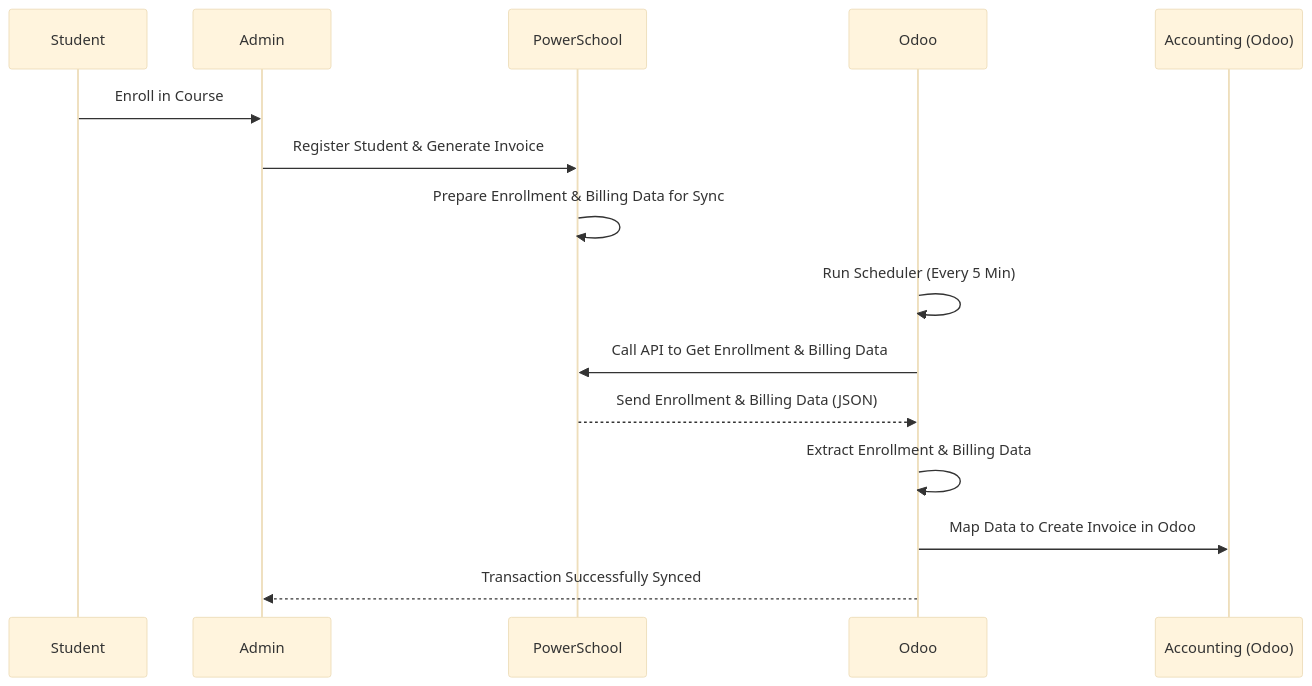
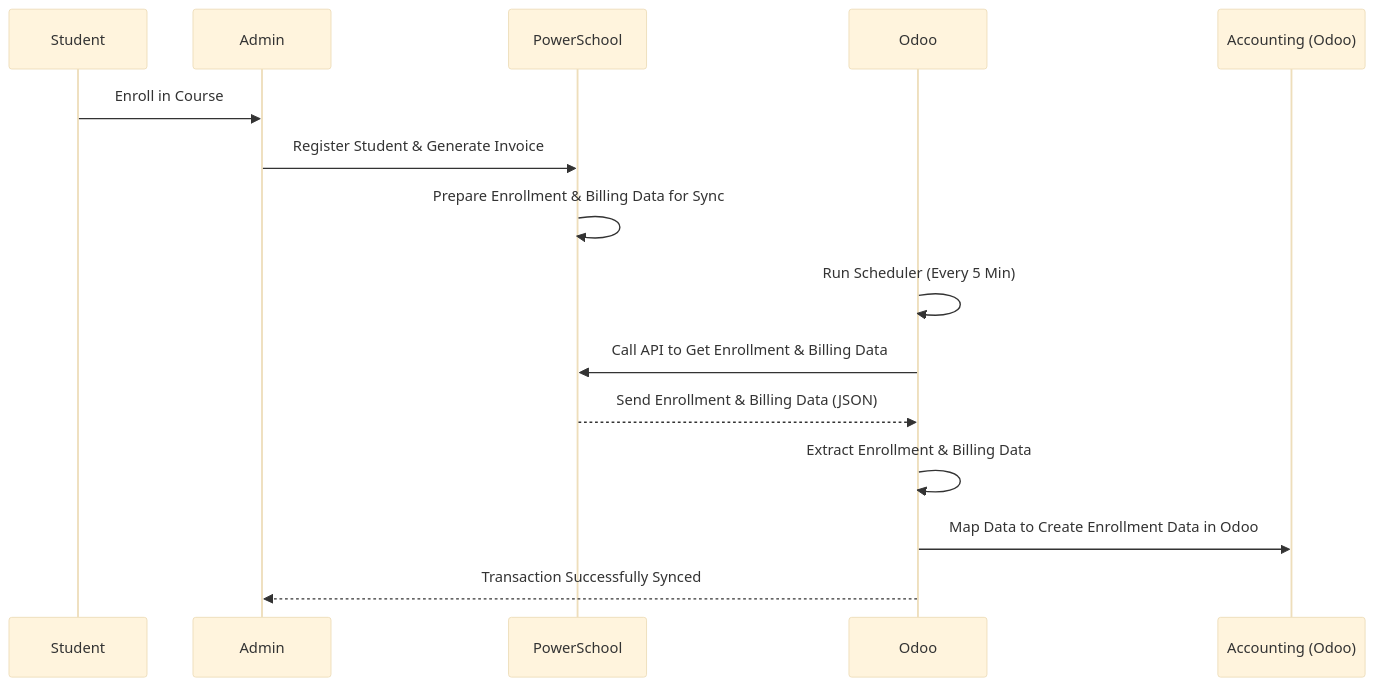
Before and after one commit to kamalyui9/lincoln_school: the third of 3 diagrams in PowerSchool Provides Rest API.md, drawn with Mermaid (base theme).

Commit message:
Update PowerSchool Provides Rest API.md

````diff
--- a/PowerSchool Provides Rest API.md
+++ b/PowerSchool Provides Rest API.md
@@ -42,18 +42,18 @@
 ```mermaid
 sequenceDiagram
     participant Student as Student
     participant Admin as Admin
     participant PowerSchool as PowerSchool
     participant Odoo as Odoo
     participant Accounting as Accounting (Odoo)
 
     Student->>Admin: Enroll in Course
     Admin->>PowerSchool: Register Student & Generate Invoice
     PowerSchool->>PowerSchool: Prepare Enrollment & Billing Data for Sync
     Odoo->>Odoo: Run Scheduler (Every 5 Min)
     Odoo->>PowerSchool: Call API to Get Enrollment & Billing Data
     PowerSchool-->>Odoo: Send Enrollment & Billing Data (JSON)
     Odoo->>Odoo: Extract Enrollment & Billing Data
-    Odoo->>Accounting: Map Data to Create Invoice in Odoo
+    Odoo->>Accounting: Map Data to Create Enrollment Data in Odoo
     Odoo-->>Admin: Transaction Successfully Synced
 ```
````
